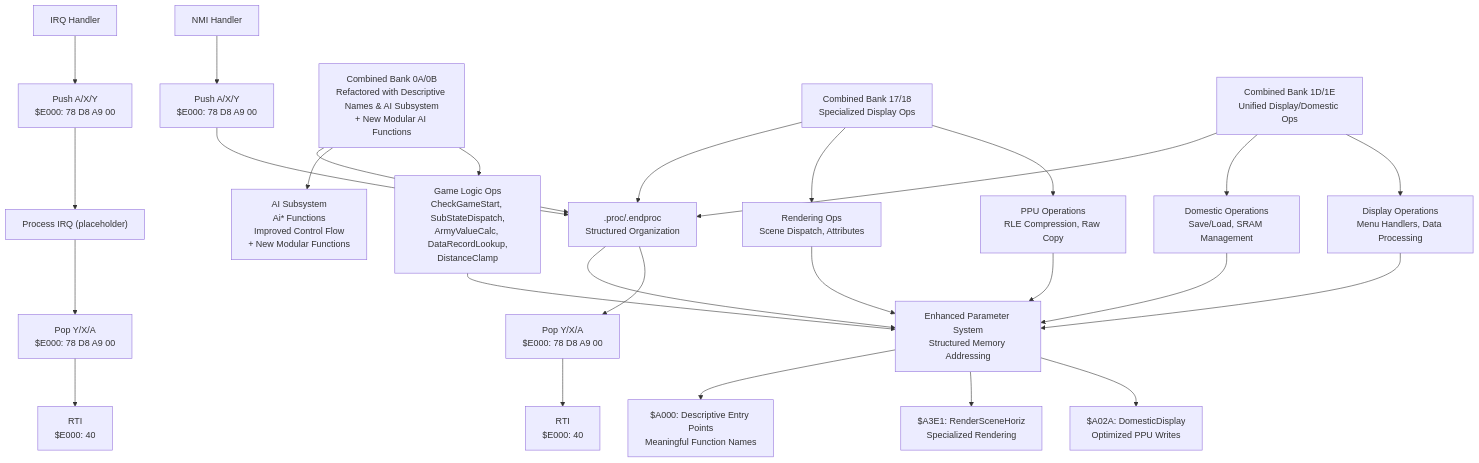
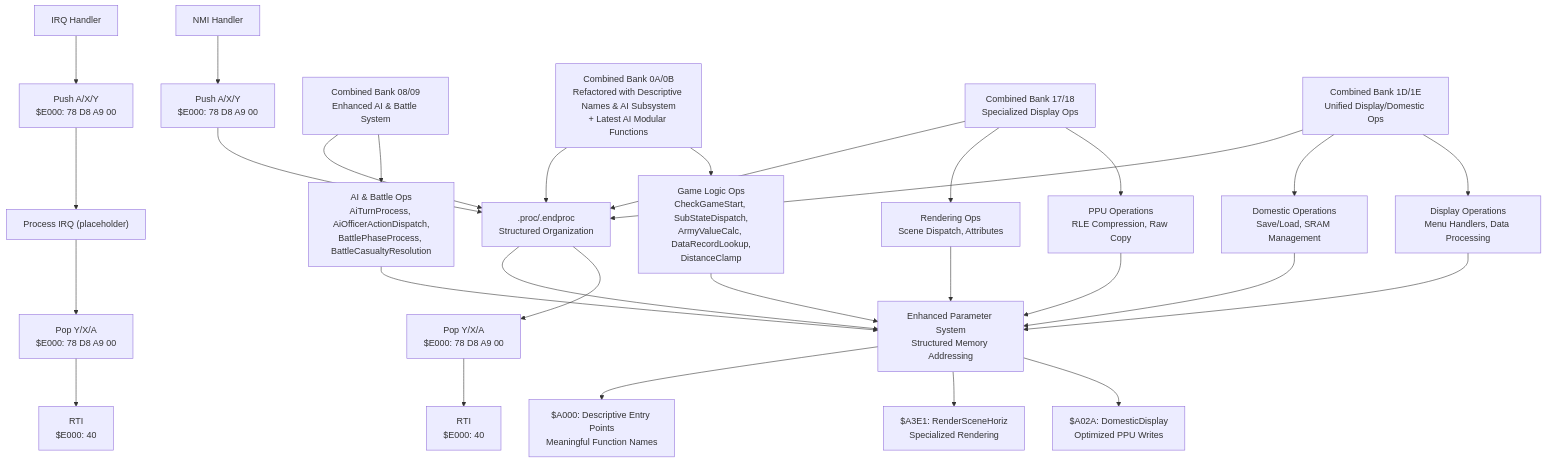
One commit to rabbyzero/sango2dasm changed diagram 15 of 21 in .qoder/repowiki/en/content/Assembly Architecture/Assembly Architecture.md. Above: the diagram before and after it, drawn with Mermaid. The commit also changed other lines of this file and 34 other files, not shown here.

````diff
--- a/.qoder/repowiki/en/content/Assembly Architecture/Assembly Architecture.md
+++ b/.qoder/repowiki/en/content/Assembly Architecture/Assembly Architecture.md
@@ -803,30 +1096,32 @@
 ```mermaid
 flowchart TD
 NMI["NMI Handler"] --> SAVE["Push A/X/Y<br/>$E000: 78 D8 A9 00"]
 SAVE --> PROC["Process NMI (placeholder)"]
 PROC --> RESTORE["Pop Y/X/A<br/>$E000: 78 D8 A9 00"]
 RESTORE --> RTI["RTI<br/>$E000: 40"]
 IRQ["IRQ Handler"] --> SAVE2["Push A/X/Y<br/>$E000: 78 D8 A9 00"]
 SAVE2 --> PROC2["Process IRQ (placeholder)"]
 PROC2 --> RESTORE2["Pop Y/X/A<br/>$E000: 78 D8 A9 00"]
 RESTORE2 --> RTI2["RTI<br/>$E000: 40"]
-COMBINED0A_0B["Combined Bank 0A/0B<br/>Refactored with Descriptive Names & AI Subsystem<br/>+ New Modular AI Functions"] --> GAMELOGIC["Game Logic Ops<br/>CheckGameStart, SubStateDispatch,<br/>ArmyValueCalc, DataRecordLookup,<br/>DistanceClamp"]
-COMBINED0A_0B --> AI_SUBSYSTEM["AI Subsystem<br/>Ai* Functions<br/>Improved Control Flow<br/>+ New Modular Functions"]
+COMBINED08_09["Combined Bank 08/09<br/>Enhanced AI & Battle System"] --> AIBATTLE["AI & Battle Ops<br/>AiTurnProcess, AiOfficerActionDispatch,<br/>BattlePhaseProcess, BattleCasualtyResolution"]
+COMBINED0A_0B["Combined Bank 0A/0B<br/>Refactored with Descriptive Names & AI Subsystem<br/>+ Latest AI Modular Functions"] --> GAMELOGIC["Game Logic Ops<br/>CheckGameStart, SubStateDispatch,<br/>ArmyValueCalc, DataRecordLookup,<br/>DistanceClamp"]
 COMBINED17_18["Combined Bank 17/18<br/>Specialized Display Ops"] --> PPUOPS["PPU Operations<br/>RLE Compression, Raw Copy"]
 COMBINED17_18 --> RENDEROPS["Rendering Ops<br/>Scene Dispatch, Attributes"]
 COMBINED1D_1E["Combined Bank 1D/1E<br/>Unified Display/Domestic Ops"] --> DISPLAYOPS["Display Operations<br/>Menu Handlers, Data Processing"]
 COMBINED1D_1E --> DOMESTICOPS["Domestic Operations<br/>Save/Load, SRAM Management"]
 COMBINED0A_0B --> PROC[".proc/.endproc<br/>Structured Organization"]
+COMBINED08_09 --> PROC
 COMBINED17_18 --> PROC
 COMBINED1D_1E --> PROC
 PARAMSYS["Enhanced Parameter System<br/>Structured Memory Addressing"]
 GAMELOGIC --> PARAMSYS
+AIBATTLE --> PARAMSYS
 PPUOPS --> PARAMSYS
 RENDEROPS --> PARAMSYS
 DISPLAYOPS --> PARAMSYS
 DOMESTICOPS --> PARAMSYS
 PROC --> PARAMSYS
 PARAMSYS --> OPTIMIZED["$A02A: DomesticDisplay<br/>Optimized PPU Writes"]
 PARAMSYS --> SPECIALIZED["$A3E1: RenderSceneHoriz<br/>Specialized Rendering"]
 PARAMSYS --> UNIFIED["$A000: Descriptive Entry Points<br/>Meaningful Function Names"]
 ```
````
